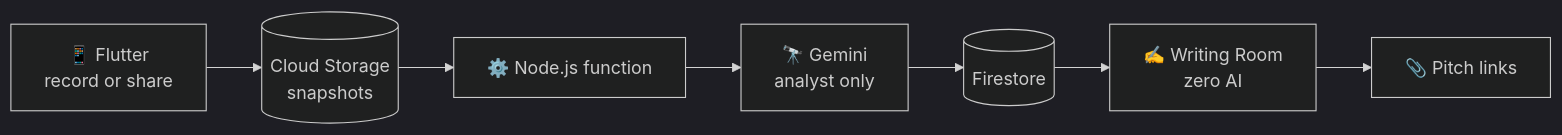
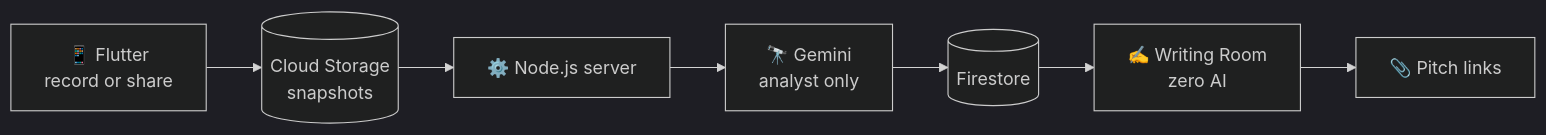
One commit to Kaifrizwan12/Foolscap changed the diagram in README.md. Above: the diagram before and after it, drawn with Mermaid (dark theme). The commit also changed other lines of this file and 90 other files, not shown here.

````diff
--- a/README.md
+++ b/README.md
@@ -123,9 +123,9 @@
 ```mermaid
 flowchart LR
     A["📱 Flutter<br/>record or share"] --> B[("Cloud Storage<br/>snapshots")]
-    B --> C["⚙️ Node.js function"]
+    B --> C["⚙️ Node.js server"]
     C --> D["🔭 Gemini<br/>analyst only"]
     D --> E[("Firestore")]
     E --> F["✍️ Writing Room<br/>zero AI"]
     F --> G["📎 Pitch links"]
 ```
````
